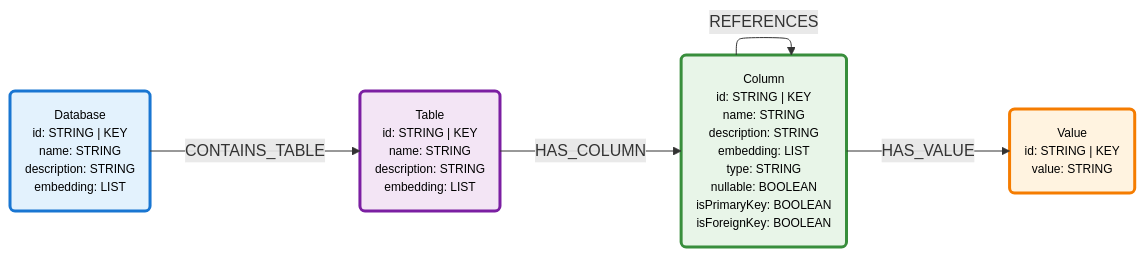
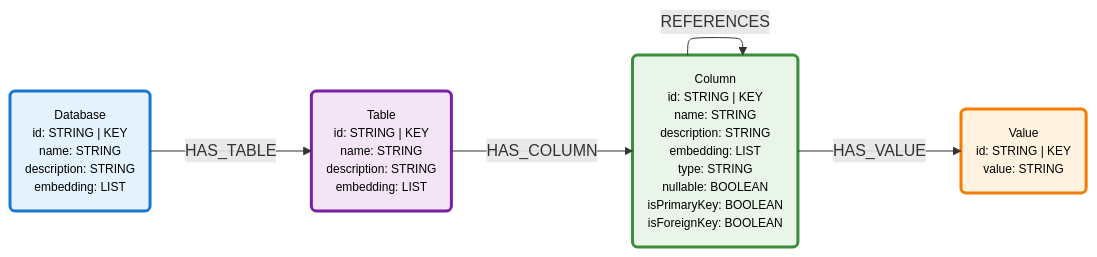
The first of 5 diagrams in README.md (tomasonjo/neocarta), drawn with Mermaid before and after one commit. The commit also changed other lines of this file and 15 other files, not shown here.

Commit message:
change contains_table to has_table (#18)

````diff
--- a/README.md
+++ b/README.md
@@ -61,33 +61,33 @@
 ```mermaid
 ---
 config:
     layout: elk
 ---
 
 graph LR
 %% Nodes
 Database("Database<br/>id: STRING | KEY<br/>name: STRING<br/>description: STRING<br/>embedding: LIST")
 Table("Table<br/>id: STRING | KEY<br/>name: STRING<br/>description: STRING<br/>embedding: LIST")
 Column("Column<br/>id: STRING | KEY<br/>name: STRING<br/>description: STRING<br/>embedding: LIST<br/>type: STRING<br/>nullable: BOOLEAN<br/>isPrimaryKey: BOOLEAN<br/>isForeignKey: BOOLEAN")
 Value("Value<br/>id: STRING | KEY<br/>value: STRING")
 
 %% Relationships
-Database -->|CONTAINS_TABLE| Table
+Database -->|HAS_TABLE| Table
 Table -->|HAS_COLUMN| Column
 Column -->|REFERENCES| Column
 Column -->|HAS_VALUE| Value
 
 
 %% Styling 
 classDef node_0_color fill:#e3f2fd,stroke:#1976d2,stroke-width:3px,color:#000,font-size:12px
 class Database node_0_color
 
 classDef node_1_color fill:#f3e5f5,stroke:#7b1fa2,stroke-width:3px,color:#000,font-size:12px
 class Table node_1_color
 
 classDef node_2_color fill:#e8f5e8,stroke:#388e3c,stroke-width:3px,color:#000,font-size:12px
 class Column node_2_color
 
 classDef node_3_color fill:#fff3e0,stroke:#f57c00,stroke-width:3px,color:#000,font-size:12px
 class Value node_3_color
 ```
````
